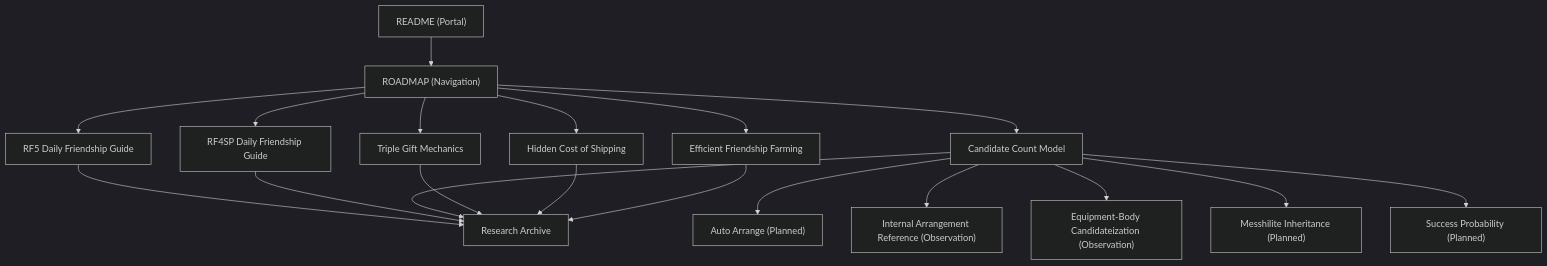
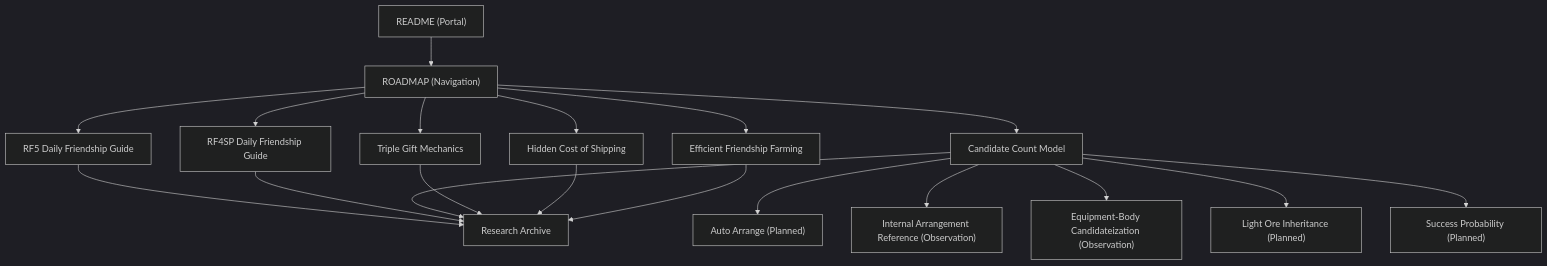
The diagram in mermaid/roadmap-knowledge-network.mmd (j13343sh/Rune-Factory-Inheritance-Research), drawn with Mermaid (dark theme) before and after one commit. The commit also changed 12 other files, not shown here.

```diff
--- a/mermaid/roadmap-knowledge-network.mmd
+++ b/mermaid/roadmap-knowledge-network.mmd
@@ -1,43 +1,43 @@
 flowchart TD
 
 README["README (Portal)"]
 
 ROADMAP["ROADMAP (Navigation)"]
 
 RF5["RF5 Daily Friendship Guide"]
 RF4["RF4SP Daily Friendship Guide"]
 
 CC["Candidate Count Model"]
 TG["Triple Gift Mechanics"]
 HC["Hidden Cost of Shipping"]
 FS["Efficient Friendship Farming"]
 
 AR["Auto Arrange (Planned)"]
 RP["Internal Arrangement Reference (Observation)"]
 SC["Equipment-Body Candidateization (Observation)"]
-MH["Messhilite Inheritance (Planned)"]
+MH["Light Ore Inheritance (Planned)"]
 SP["Success Probability (Planned)"]
 
 ARCHIVE["Research Archive"]
 
 README --> ROADMAP
 
 ROADMAP --> RF5
 ROADMAP --> RF4
 ROADMAP --> CC
 ROADMAP --> TG
 ROADMAP --> HC
 ROADMAP --> FS
 
 CC --> AR
 CC --> RP
 CC --> SC
 CC --> MH
 CC --> SP
 
 RF5 --> ARCHIVE
 RF4 --> ARCHIVE
 CC --> ARCHIVE
 TG --> ARCHIVE
 HC --> ARCHIVE
 FS --> ARCHIVE
```
